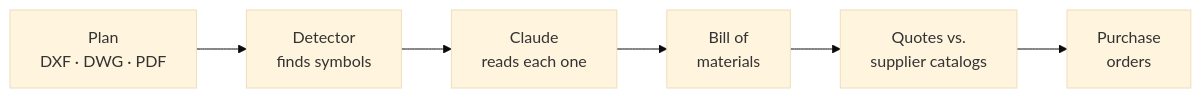
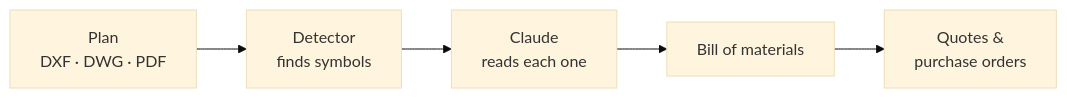
One commit to pedrodelaguila/pedrodelaguila changed the first of 2 diagrams in README.md. Above: the diagram before and after it, drawn with Mermaid (base theme). The commit also changed other lines of this file, not shown here.

Commit message:
Reorganize profile README: project cards, one write-up per project, private repos link to their write-up

````diff
--- a/README.md
+++ b/README.md
@@ -47,8 +94,5 @@
 ```mermaid
 flowchart LR
-    A["Plan<br/>DXF · DWG · PDF"] --> B["Detector<br/>finds symbols"]
-    B --> C["Claude<br/>reads each one"]
-    C --> D["Bill of<br/>materials"]
-    D --> E["Quotes vs.<br/>supplier catalogs"]
-    E --> F["Purchase<br/>orders"]
+    A["Plan<br/>DXF · DWG · PDF"] --> B["Detector<br/>finds symbols"] --> C["Claude<br/>reads each one"]
+    C --> D["Bill of materials"] --> E["Quotes &<br/>purchase orders"]
 ```
````
